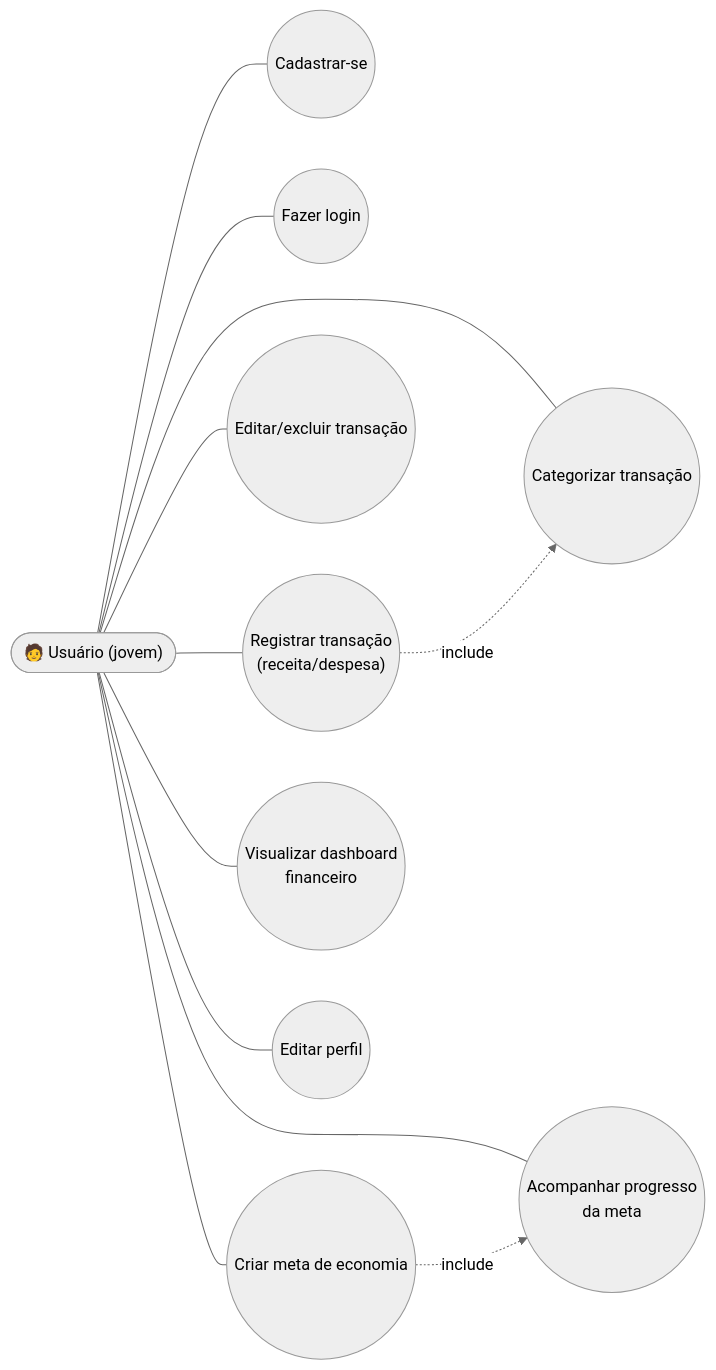
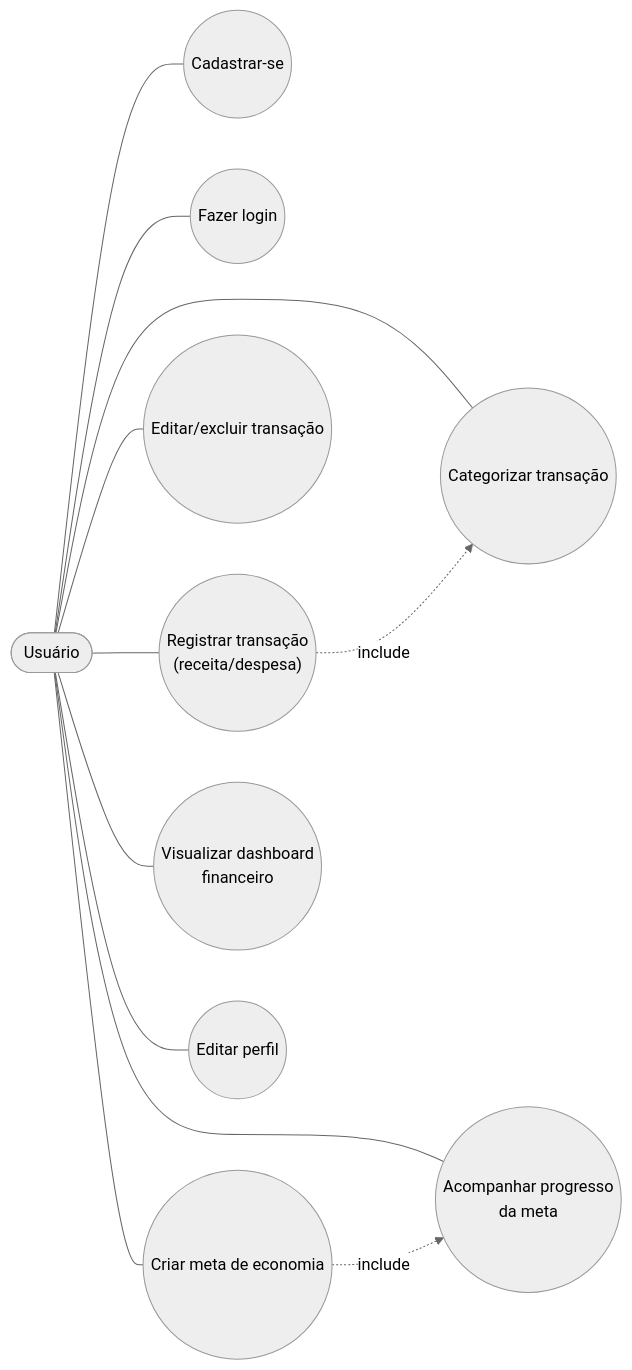
The first of 2 diagrams in docs/diagramas.md (joaogabriel365/FinZip), drawn with Mermaid (neutral theme) before and after one commit.

````diff
--- a/docs/diagramas.md
+++ b/docs/diagramas.md
@@ -7,27 +7,27 @@
 ```mermaid
 flowchart LR
-    Usuario(["🧑 Usuário (jovem)"])
+    Usuario([" Usuário"])
 
     UC1(("Cadastrar-se"))
     UC2(("Fazer login"))
     UC3(("Registrar transação\n(receita/despesa)"))
     UC4(("Categorizar transação"))
     UC5(("Editar/excluir transação"))
     UC6(("Criar meta de economia"))
     UC7(("Acompanhar progresso\nda meta"))
     UC8(("Visualizar dashboard\nfinanceiro"))
     UC9(("Editar perfil"))
 
     Usuario --- UC1
     Usuario --- UC2
     Usuario --- UC3
     Usuario --- UC4
     Usuario --- UC5
     Usuario --- UC6
     Usuario --- UC7
     Usuario --- UC8
     Usuario --- UC9
 
     UC3 -.include.-> UC4
     UC6 -.include.-> UC7
 ```
````
